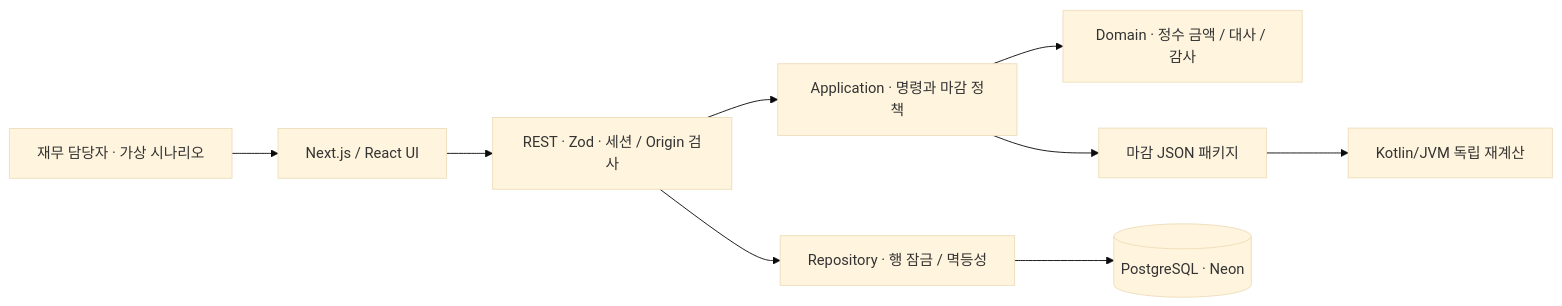
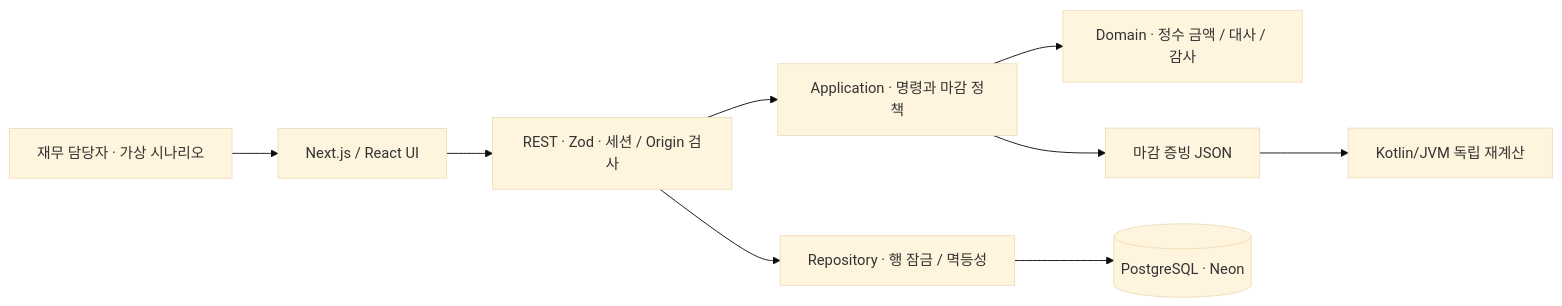
The diagram in README.md (kwakhyun/closepilot), drawn with Mermaid (base theme) before and after one commit. The commit also changed other lines of this file and 38 other files, not shown here.

````diff
--- a/README.md
+++ b/README.md
@@ -66,11 +66,11 @@
 ```mermaid
 flowchart LR
   User[재무 담당자 · 가상 시나리오] --> UI[Next.js / React UI]
   UI --> API[REST · Zod · 세션 / Origin 검사]
   API --> App[Application · 명령과 마감 정책]
   App --> Domain[Domain · 정수 금액 / 대사 / 감사]
   API --> Repo[Repository · 행 잠금 / 멱등성]
   Repo --> DB[(PostgreSQL · Neon)]
-  App --> Package[마감 JSON 패키지]
+  App --> Package[마감 증빙 JSON]
   Package --> Kotlin[Kotlin/JVM 독립 재계산]
 ```
````
